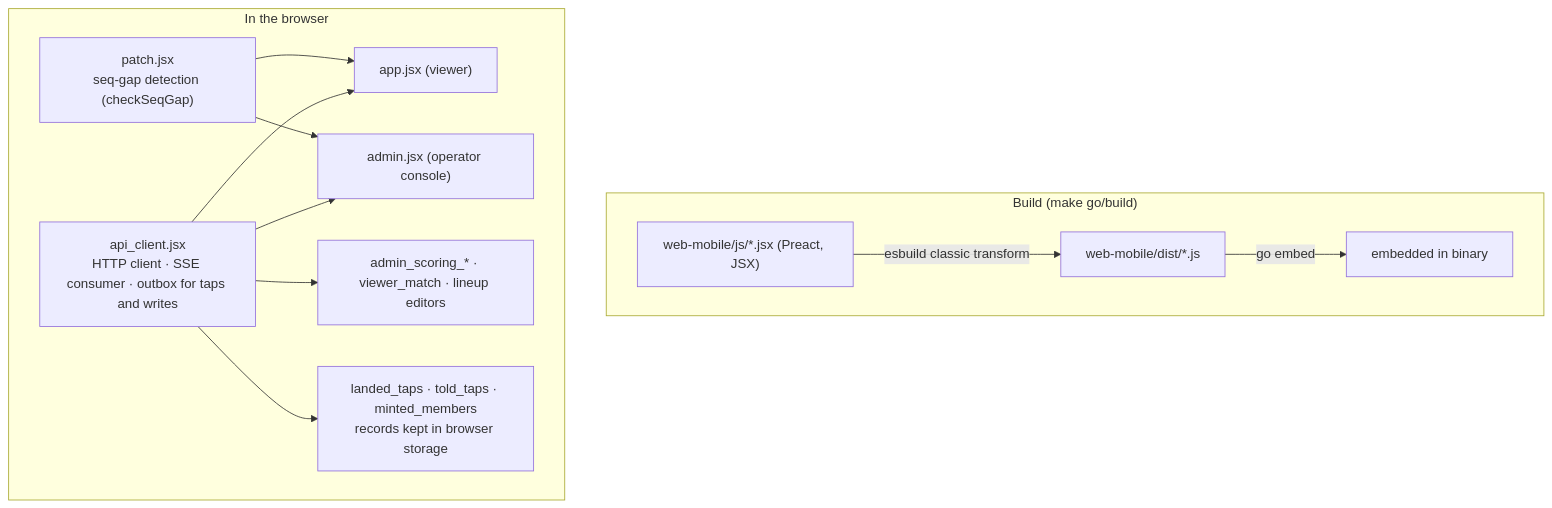
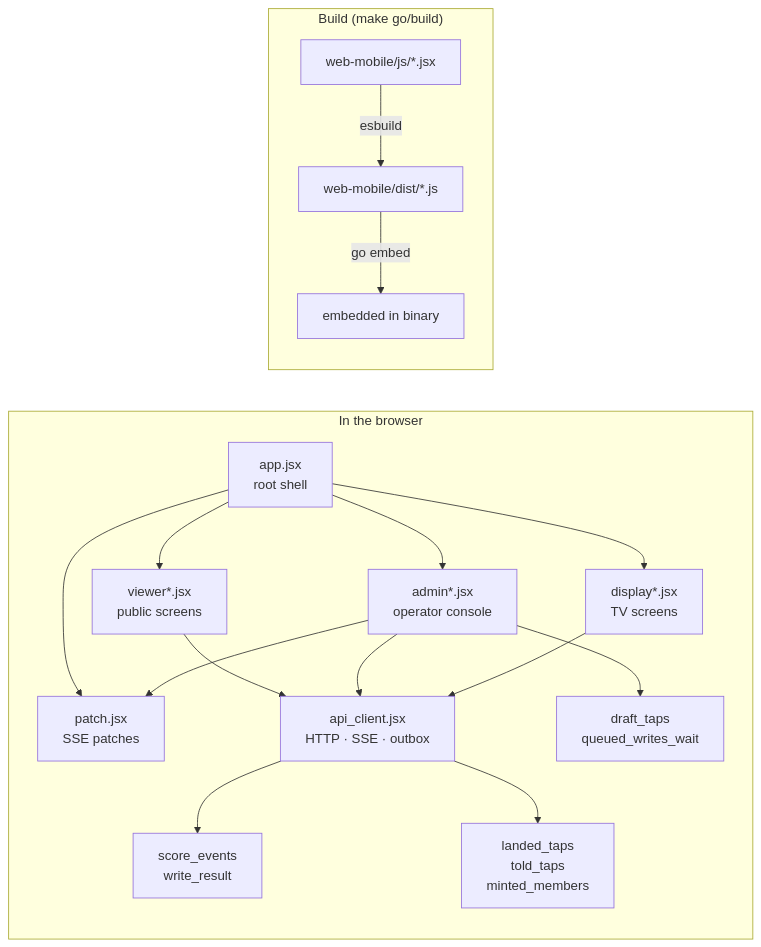
The eighth of 8 diagrams in docs/architecture/software-architecture.md (gitrgoliveira/bracket-creator), drawn with Mermaid before and after one commit. The commit also changed other lines of this file and 49 other files, not shown here.

First line of the commit message:
fix(bc-arch): one transaction for participant edits; WAL stale-log guard; architecture docs

````diff
--- a/docs/architecture/software-architecture.md
+++ b/docs/architecture/software-architecture.md
@@ -220,18 +367,34 @@
 ```mermaid
 flowchart TB
     subgraph build["Build (make go/build)"]
-        jsx["web-mobile/js/*.jsx (Preact, JSX)"] -->|esbuild classic transform| dist["web-mobile/dist/*.js"]
-        dist -->|go embed| binemb["embedded in binary"]
+        direction TB
+        jsx["web-mobile/js/*.jsx"]
+        dist["web-mobile/dist/*.js"]
+        binemb["embedded in binary"]
+        jsx -->|esbuild| dist -->|go embed| binemb
     end
     subgraph runtime["In the browser"]
-        api["api_client.jsx<br/>HTTP client · SSE consumer · outbox for taps and writes"]
-        appc["app.jsx (viewer)"]
-        adminc["admin.jsx (operator console)"]
-        patch["patch.jsx<br/>seq-gap detection (checkSeqGap)"]
-        editors["admin_scoring_* · viewer_match · lineup editors"]
-        taps["landed_taps · told_taps · minted_members<br/>records kept in browser storage"]
-        api --> appc & adminc & editors
-        api --> taps
-        patch --> appc & adminc
+        direction TB
+        appc["app.jsx<br/>root shell"]
+        viewer["viewer*.jsx<br/>public screens"]
+        adminc["admin*.jsx<br/>operator console"]
+        display["display*.jsx<br/>TV screens"]
+        api["api_client.jsx<br/>HTTP · SSE · outbox"]
+        patch["patch.jsx<br/>SSE patches"]
+        outmods["score_events<br/>write_result"]
+        stores["landed_taps<br/>told_taps<br/>minted_members"]
+        edhelp["draft_taps<br/>queued_writes_wait"]
+        appc --> viewer
+        appc --> adminc
+        appc --> display
+        appc --> patch
+        adminc --> patch
+        viewer --> api
+        adminc --> api
+        display --> api
+        adminc --> edhelp
+        api --> outmods
+        api --> stores
     end
+    binemb ~~~ appc
 ```
````
